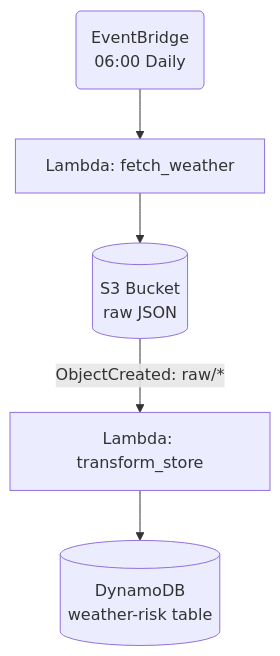
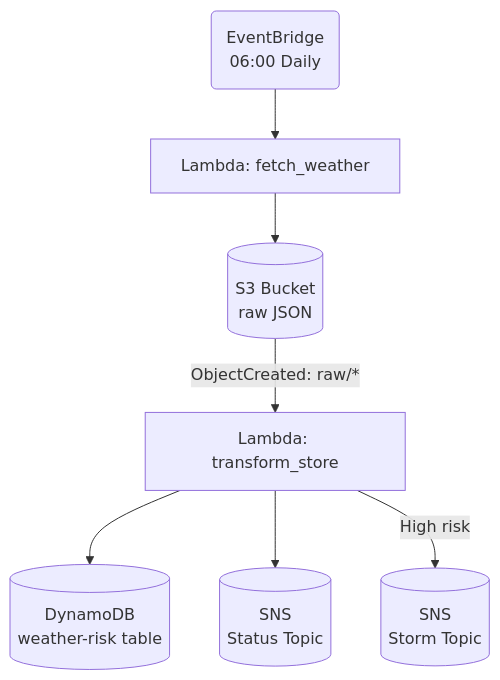
Before and after one commit to adam-gatherer/stormwatcher: the diagram in README.md, drawn with Mermaid. The commit also changed other lines of this file, not shown here.

Commit message:
Updated to reflect project status

````diff
--- a/README.md
+++ b/README.md
@@ -48,7 +62,14 @@
 ```mermaid
 flowchart TD
-    EB(EventBridge\n06:00 Daily) --> FW[Lambda: fetch_weather]
-    FW --> S3[(S3 Bucket\nraw JSON)]
+    EB(EventBridge
+06:00 Daily) --> FW[Lambda: fetch_weather]
+    FW --> S3[(S3 Bucket
+raw JSON)]
     S3 -->|ObjectCreated: raw/*| TS[Lambda: transform_store]
-    TS --> DDB[(DynamoDB\nweather-risk table)]
+    TS --> DDB[(DynamoDB
+weather-risk table)]
+    TS --> SNS_STATUS[(SNS
+Status Topic)]
+    TS -->|High risk| SNS_STORM[(SNS
+Storm Topic)]
 ```
````
